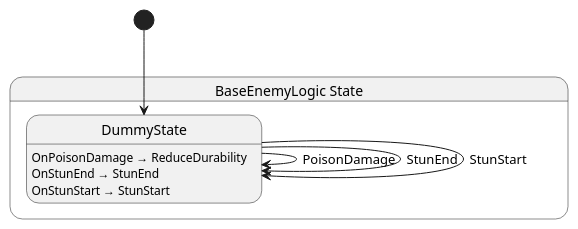
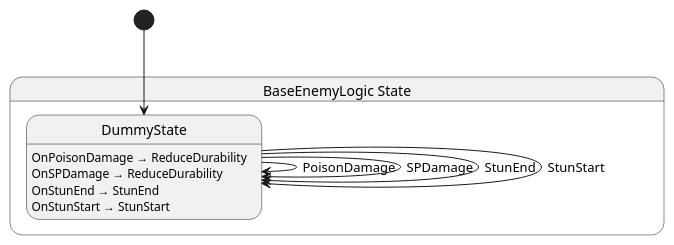
Before and after one commit to Ygoat/EternalJourney: the diagram in src/enemy/base/state/BaseEnemyLogic.g.puml, drawn with PlantUML. The commit also changed 19 other files, not shown here.

```diff
--- a/src/enemy/base/state/BaseEnemyLogic.g.puml
+++ b/src/enemy/base/state/BaseEnemyLogic.g.puml
@@ -1,15 +1,17 @@
 @startuml BaseEnemyLogic
 state "BaseEnemyLogic State" as EternalJourney_Enemy_Base_State_BaseEnemyLogic_State {
   state "DummyState" as EternalJourney_Enemy_Base_State_BaseEnemyLogic_State_DummyState
 }
 
 EternalJourney_Enemy_Base_State_BaseEnemyLogic_State_DummyState --> EternalJourney_Enemy_Base_State_BaseEnemyLogic_State_DummyState : PoisonDamage
+EternalJourney_Enemy_Base_State_BaseEnemyLogic_State_DummyState --> EternalJourney_Enemy_Base_State_BaseEnemyLogic_State_DummyState : SPDamage
 EternalJourney_Enemy_Base_State_BaseEnemyLogic_State_DummyState --> EternalJourney_Enemy_Base_State_BaseEnemyLogic_State_DummyState : StunEnd
 EternalJourney_Enemy_Base_State_BaseEnemyLogic_State_DummyState --> EternalJourney_Enemy_Base_State_BaseEnemyLogic_State_DummyState : StunStart
 
 EternalJourney_Enemy_Base_State_BaseEnemyLogic_State_DummyState : OnPoisonDamage → ReduceDurability
+EternalJourney_Enemy_Base_State_BaseEnemyLogic_State_DummyState : OnSPDamage → ReduceDurability
 EternalJourney_Enemy_Base_State_BaseEnemyLogic_State_DummyState : OnStunEnd → StunEnd
 EternalJourney_Enemy_Base_State_BaseEnemyLogic_State_DummyState : OnStunStart → StunStart
 
 [*] --> EternalJourney_Enemy_Base_State_BaseEnemyLogic_State_DummyState
 @enduml
```
